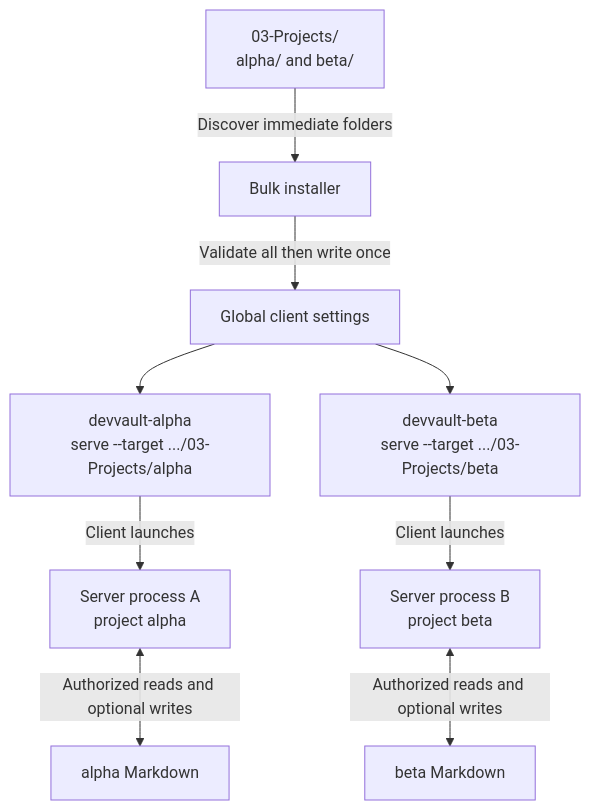
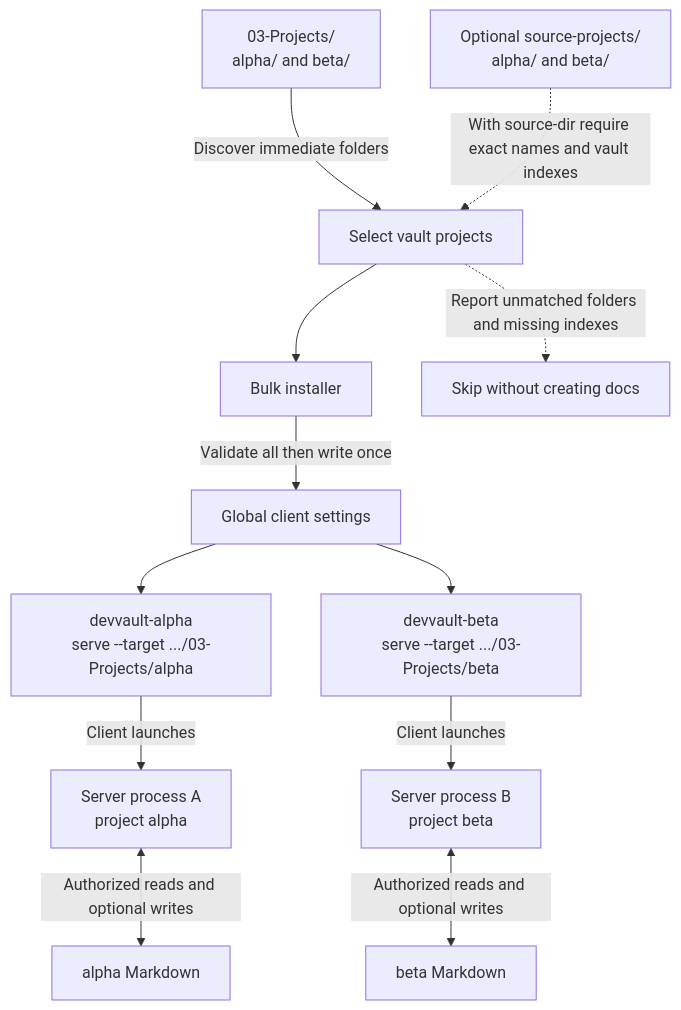
One commit to jsainthilaire/vault-bridge changed the third of 3 diagrams in docs/how-it-works.md. Above: the diagram before and after it, drawn with Mermaid. The commit also changed other lines of this file and 10 other files, not shown here.

````diff
--- a/docs/how-it-works.md
+++ b/docs/how-it-works.md
@@ -157,11 +160,14 @@
 ```mermaid
 flowchart TB
-    Projects["03-Projects/<br/>alpha/ and beta/"] -->|Discover immediate folders| Install["Bulk installer"]
+    Projects["03-Projects/<br/>alpha/ and beta/"] -->|Discover immediate folders| Selection["Select vault projects"]
+    Sources["Optional source-projects/<br/>alpha/ and beta/"] -.->|With source-dir require exact names and vault indexes| Selection
+    Selection --> Install["Bulk installer"]
+    Selection -.->|Report unmatched folders and missing indexes| Skipped["Skip without creating docs"]
     Install -->|Validate all then write once| Config["Global client settings"]
     Config --> AEntry["devvault-alpha<br/>serve --target .../03-Projects/alpha"]
     Config --> BEntry["devvault-beta<br/>serve --target .../03-Projects/beta"]
     AEntry -->|Client launches| AServer["Server process A<br/>project alpha"]
     BEntry -->|Client launches| BServer["Server process B<br/>project beta"]
     AServer <-->|Authorized reads and optional writes| Alpha["alpha Markdown"]
     BServer <-->|Authorized reads and optional writes| Beta["beta Markdown"]
 ```
````
